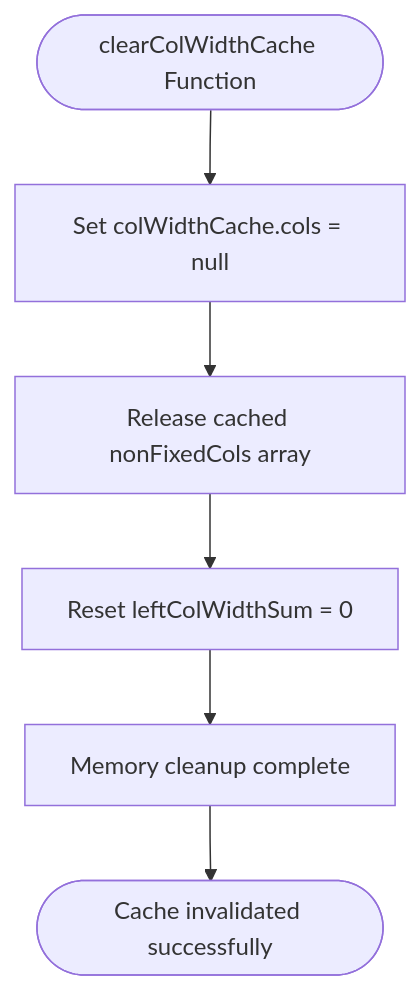
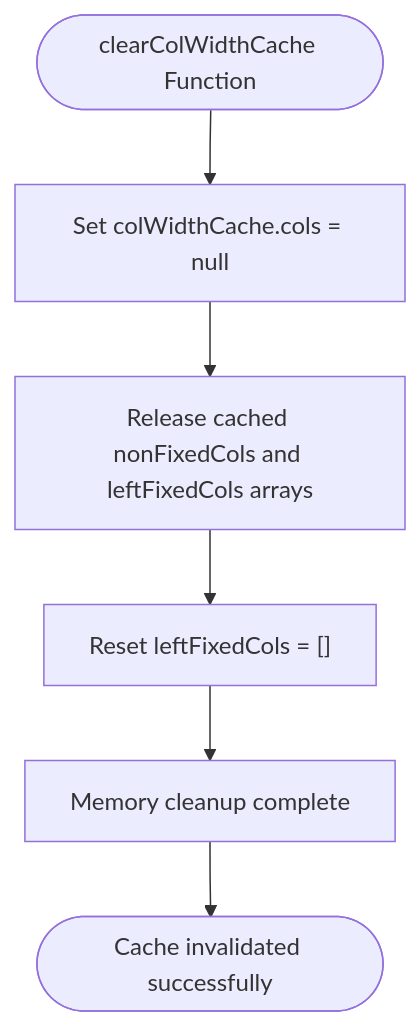
Before and after one commit to ja-plus/stk-table-vue: the fourth of 12 diagrams in .qoder/repowiki/en/content/Advanced Features/Virtual Scrolling/Horizontal Virtual Scrolling.md, drawn with Mermaid. The commit also changed other lines of this file and 6 other files, not shown here.

````diff
--- a/.qoder/repowiki/en/content/Advanced Features/Virtual Scrolling/Horizontal Virtual Scrolling.md
+++ b/.qoder/repowiki/en/content/Advanced Features/Virtual Scrolling/Horizontal Virtual Scrolling.md
@@ -199,8 +201,8 @@
 ```mermaid
 flowchart TD
 Start(["clearColWidthCache Function"]) --> Invalidate["Set colWidthCache.cols = null"]
-Invalidate --> Release["Release cached nonFixedCols array"]
-Release --> Reset["Reset leftColWidthSum = 0"]
+Invalidate --> Release["Release cached nonFixedCols and leftFixedCols arrays"]
+Release --> Reset["Reset leftFixedCols = []"]
 Reset --> Cleanup["Memory cleanup complete"]
 Cleanup --> End(["Cache invalidated successfully"])
 ```
````
